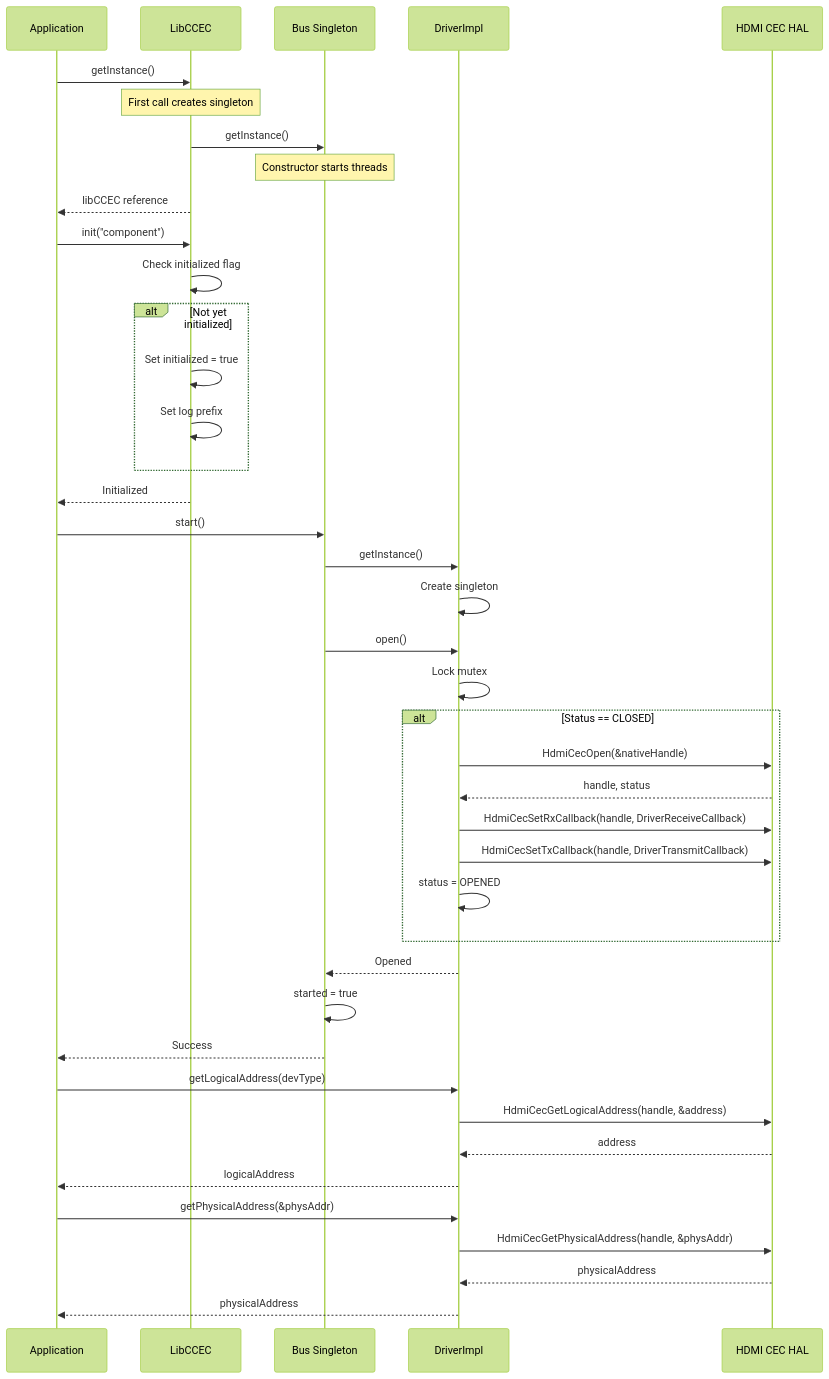
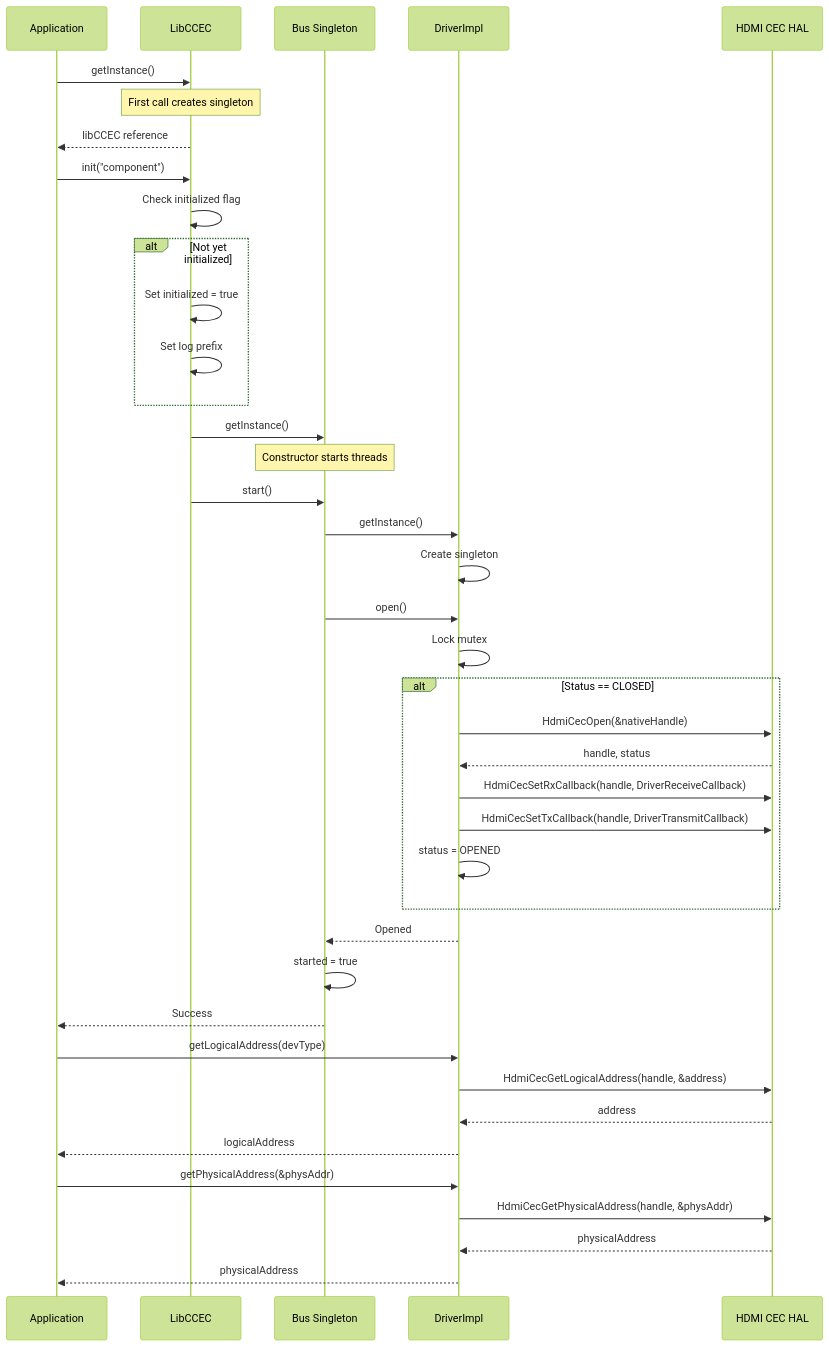
One commit to rdkcentral/hdmicec changed the fourth of 8 diagrams in README.md. Above: the diagram before and after it, drawn with Mermaid (forest theme). The commit also changed other lines of this file, not shown here.

````diff
--- a/README.md
+++ b/README.md
@@ -265,48 +265,46 @@
 ```mermaid
 sequenceDiagram
     participant App as Application
     participant LibCEC as LibCCEC
     participant Bus as Bus Singleton
     participant Driver as DriverImpl
     participant HAL as HDMI CEC HAL
 
     App->>LibCEC: getInstance()
     Note over LibCEC: First call creates singleton
-    LibCEC->>Bus: getInstance()
-    Note over Bus: Constructor starts threads
     LibCEC-->>App: libCCEC reference
 
     App->>LibCEC: init("component")
     LibCEC->>LibCEC: Check initialized flag
     alt Not yet initialized
         LibCEC->>LibCEC: Set initialized = true
         LibCEC->>LibCEC: Set log prefix
     end
-    LibCEC-->>App: Initialized
-
-    App->>Bus: start()
+    LibCEC->>Bus: getInstance()
+    Note over Bus: Constructor starts threads
+    LibCEC->>Bus: start()
     Bus->>Driver: getInstance()
     Driver->>Driver: Create singleton
     Bus->>Driver: open()
     Driver->>Driver: Lock mutex
     alt Status == CLOSED
         Driver->>HAL: HdmiCecOpen(&nativeHandle)
         HAL-->>Driver: handle, status
         Driver->>HAL: HdmiCecSetRxCallback(handle, DriverReceiveCallback)
         Driver->>HAL: HdmiCecSetTxCallback(handle, DriverTransmitCallback)
         Driver->>Driver: status = OPENED
     end
     Driver-->>Bus: Opened
     Bus->>Bus: started = true
     Bus-->>App: Success
 
     App->>Driver: getLogicalAddress(devType)
     Driver->>HAL: HdmiCecGetLogicalAddress(handle, &address)
     HAL-->>Driver: address
     Driver-->>App: logicalAddress
 
     App->>Driver: getPhysicalAddress(&physAddr)
     Driver->>HAL: HdmiCecGetPhysicalAddress(handle, &physAddr)
     HAL-->>Driver: physicalAddress
     Driver-->>App: physicalAddress
 ```
````
